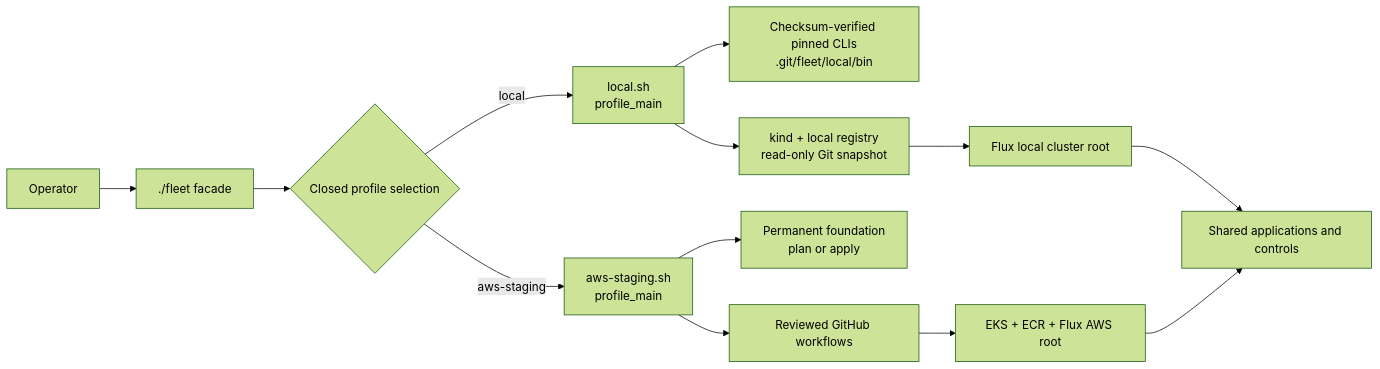
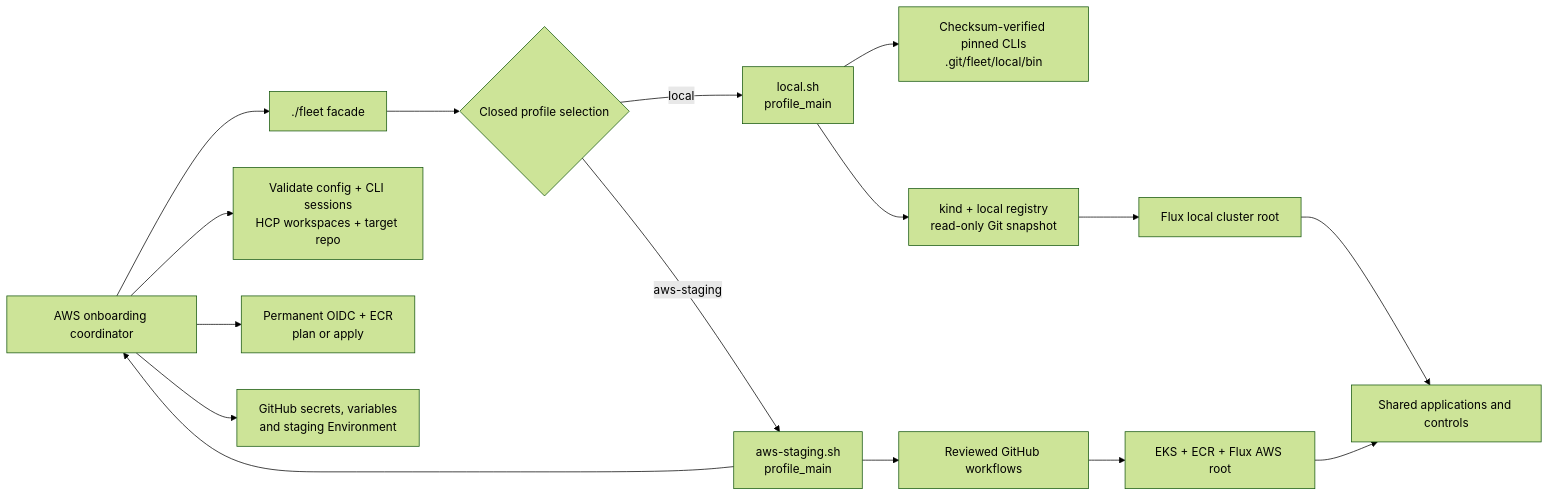
Before and after one commit to ImranAdan/infra-fleet-public: the diagram in docs/DEPLOYMENT-PROFILES-DDR.md, drawn with Mermaid (forest theme). The commit also changed other lines of this file and 17 other files, not shown here.

Commit message:
feat(fleet): automate AWS profile onboarding

````diff
--- a/docs/DEPLOYMENT-PROFILES-DDR.md
+++ b/docs/DEPLOYMENT-PROFILES-DDR.md
@@ -53,18 +53,21 @@
 ```mermaid
 flowchart LR
     O[Operator] --> F[./fleet facade]
     F --> S{Closed profile selection}
     S -->|local| L[local.sh<br/>profile_main]
     S -->|aws-staging| A[aws-staging.sh<br/>profile_main]
 
     L --> T[Checksum-verified pinned CLIs<br/>.git/fleet/local/bin]
     L --> K[kind + local registry<br/>read-only Git snapshot]
     K --> LF[Flux local cluster root]
 
-    A --> P[Permanent foundation<br/>plan or apply]
+    A --> O[AWS onboarding coordinator]
+    O --> V[Validate config + CLI sessions<br/>HCP workspaces + target repo]
+    O --> P[Permanent OIDC + ECR<br/>plan or apply]
+    O --> G[GitHub secrets, variables<br/>and staging Environment]
     A --> W[Reviewed GitHub workflows]
     W --> E[EKS + ECR + Flux AWS root]
 
     LF --> C[Shared applications and controls]
     E --> C
 ```
````
